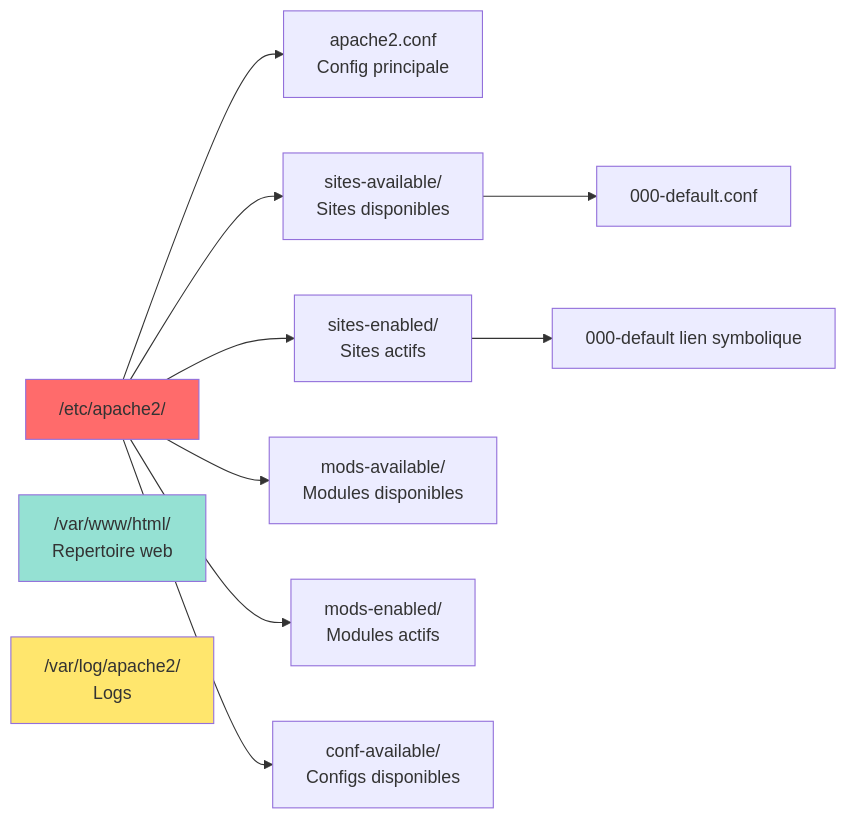
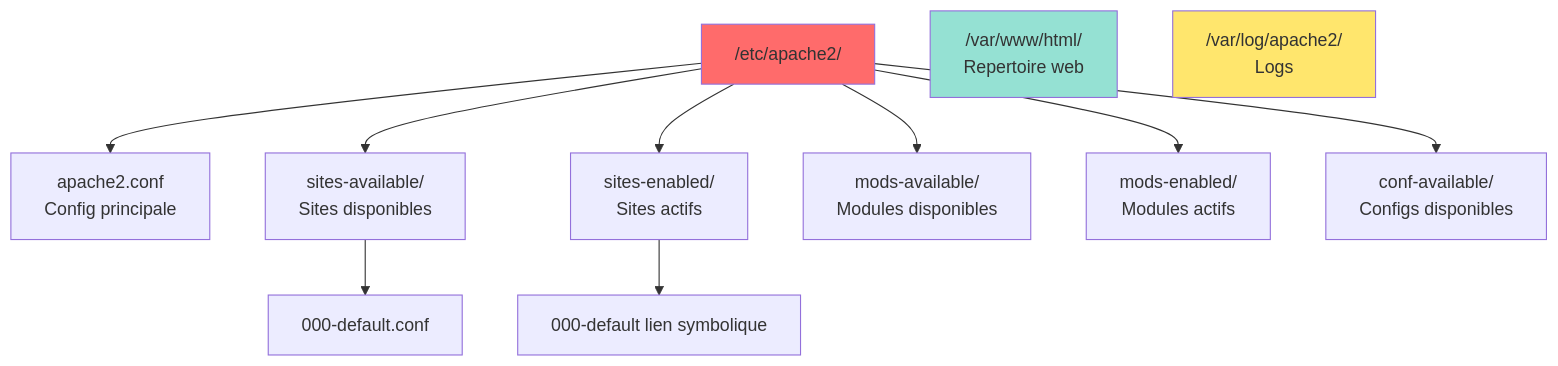
The third of 3 diagrams in pages/09-services-serveurs.md (JSurquin/kibana2), drawn with Mermaid before and after one commit. The commit also changed other lines of this file and 16 other files, not shown here.

````diff
--- a/pages/09-services-serveurs.md
+++ b/pages/09-services-serveurs.md
@@ -329,19 +331,19 @@
 ```mermaid
-graph LR
+graph TB
     A["/etc/apache2/"]
     A --> B["apache2.conf<br/>Config principale"]
     A --> C["sites-available/<br/>Sites disponibles"]
     C --> C1["000-default.conf"]
     A --> D["sites-enabled/<br/>Sites actifs"]
     D --> D1["000-default lien symbolique"]
     A --> E["mods-available/<br/>Modules disponibles"]
     A --> F["mods-enabled/<br/>Modules actifs"]
     A --> G["conf-available/<br/>Configs disponibles"]
     
     H["/var/www/html/<br/>Repertoire web"]
     I["/var/log/apache2/<br/>Logs"]
     
     style A fill:#ff6b6b
     style H fill:#95e1d3
     style I fill:#ffe66d
 ```
````
